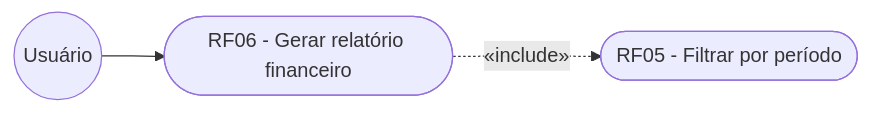
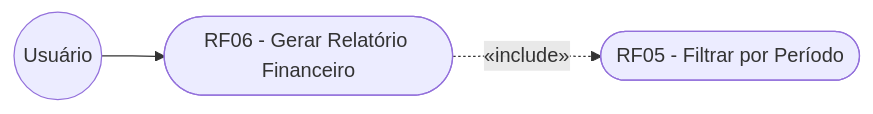
One commit to NEXA-project-br/NEXA changed the sixth of 8 diagrams in relacionamento/dcu.md. Above: the diagram before and after it, drawn with Mermaid. The commit also changed other lines of this file and 4 other files, not shown here.

````diff
--- a/relacionamento/dcu.md
+++ b/relacionamento/dcu.md
@@ -73,9 +75,9 @@
 ```mermaid
 graph LR
   U((Usuário))
-  RF06([RF06 - Gerar relatório financeiro])
-  RF05([RF05 - Filtrar por período])
+  RF06([RF06 - Gerar Relatório Financeiro])
+  RF05([RF05 - Filtrar por Período])
 
   U --> RF06
   RF06 -.->|«include»| RF05
 ```
````
